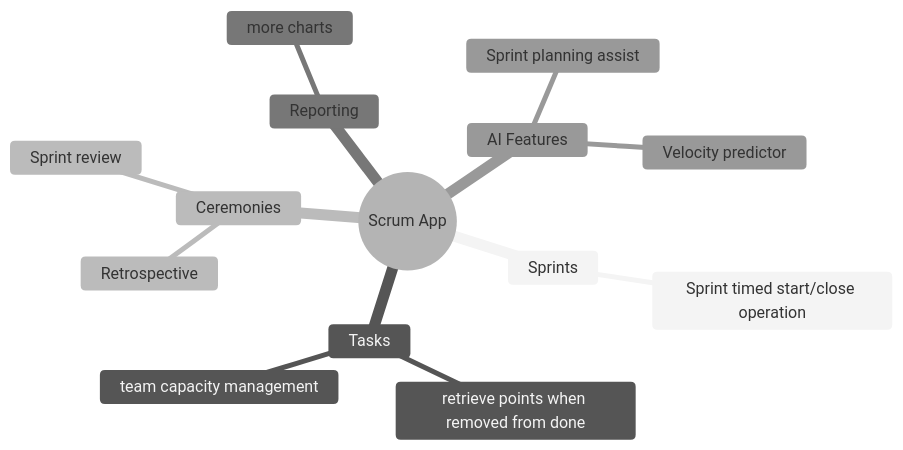
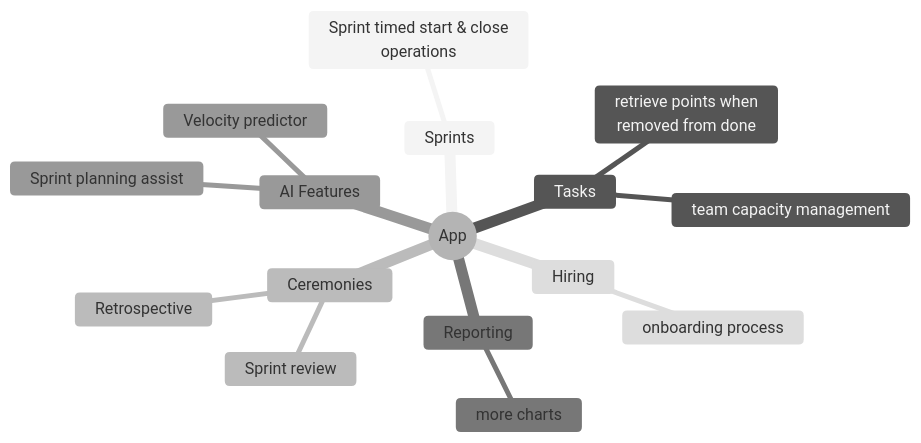
One commit to moad-cher/PFE changed the diagram in README.md. Above: the diagram before and after it, drawn with Mermaid (neutral theme). The commit also changed other lines of this file and 8 other files, not shown here.

````diff
--- a/README.md
+++ b/README.md
@@ -107,27 +97,29 @@
 ```mermaid
 mindmap
-  root((Scrum App))
+  root((App))
     Sprints
       %% Sprint state machine
       %% Incomplete stories
-      Sprint timed start/close operation
+      Sprint timed start & close <br> operations
     Tasks
-      retrieve points when removed from done
+      retrieve points when <br> removed from done
       team capacity management
       %% State machine
       %% Assignee
       %% Done definition
     Ceremonies
       %% Sprint planning
       Sprint review
       Retrospective
     Reporting
       more charts
       %% team workload
       %% Burndown chart
       %% Velocity history
     AI Features
       Sprint planning assist
       Velocity predictor
       %% Assignee suggester
+    Hiring
+      onboarding process
 ```
````
